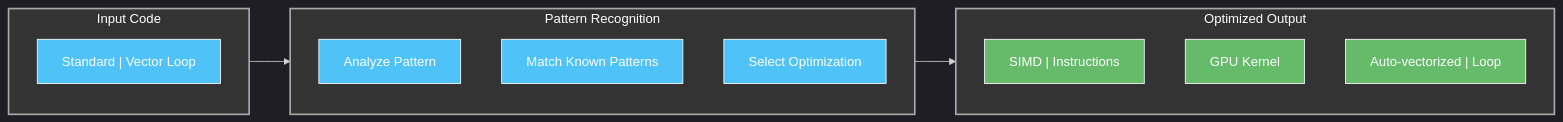
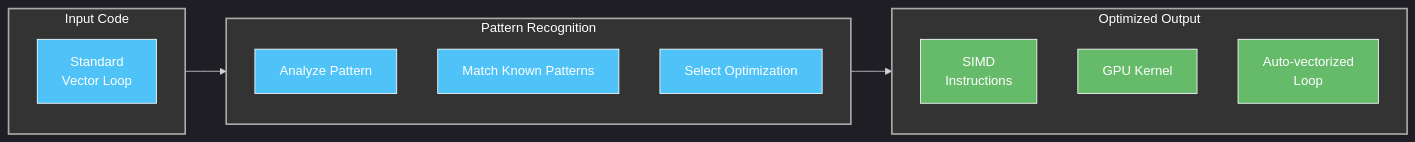
One commit to houstonhaynes/AD4SDocs changed the tenth of 12 diagrams in 06 Fidelity framework Beyond Resilience.md. Above: the diagram before and after it, drawn with Mermaid. The commit also changed other lines of this file and 5 other files, not shown here.

Commit message:
fix mermaid part two

````diff
--- a/06 Fidelity framework Beyond Resilience.md
+++ b/06 Fidelity framework Beyond Resilience.md
@@ -722,34 +722,34 @@
 ```mermaid
 %%{init: {'theme': 'dark', 'themeVariables': { 'primaryColor': '#242424', 'primaryTextColor': '#fff', 'primaryBorderColor': '#888', 'lineColor': '#d3d3d3', 'secondaryColor': '#2b2b2b', 'tertiaryColor': '#333' }}}%%
 flowchart LR
     subgraph Input["Input Code"]
-        StandardLoop["Standard | Vector Loop"]
+        StandardLoop["Standard<br>Vector Loop"]
     end
     
     subgraph PatternRecognition["Pattern Recognition"]
         Analyze["Analyze Pattern"]
         Match["Match Known Patterns"]
         Select["Select Optimization"]
     end
     
     subgraph Output["Optimized Output"]
-        SIMD["SIMD | Instructions"]
+        SIMD["SIMD<br>Instructions"]
         GPU["GPU Kernel"]
-        Vectorized["Auto-vectorized | Loop"]
+        Vectorized["Auto-vectorized<br>Loop"]
     end
     
     Input --> PatternRecognition
     
     PatternRecognition --> Output
     
     style Input fill:#333,stroke:#aaa,stroke-width:2px,color:#fff
     style PatternRecognition fill:#333,stroke:#aaa,stroke-width:2px,color:#fff
     style Output fill:#333,stroke:#aaa,stroke-width:2px,color:#fff
     style StandardLoop fill:#4FC3F7,stroke:#fff,stroke-width:1px,color:#fff
     style Analyze fill:#4FC3F7,stroke:#fff,stroke-width:1px,color:#fff
     style Match fill:#4FC3F7,stroke:#fff,stroke-width:1px,color:#fff
     style Select fill:#4FC3F7,stroke:#fff,stroke-width:1px,color:#fff
     style SIMD fill:#66BB6A,stroke:#fff,stroke-width:1px,color:#fff
     style GPU fill:#66BB6A,stroke:#fff,stroke-width:1px,color:#fff
     style Vectorized fill:#66BB6A,stroke:#fff,stroke-width:1px,color:#fff
 ```
````
